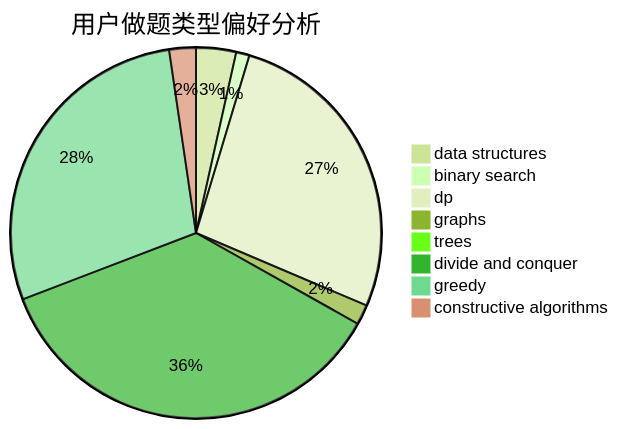
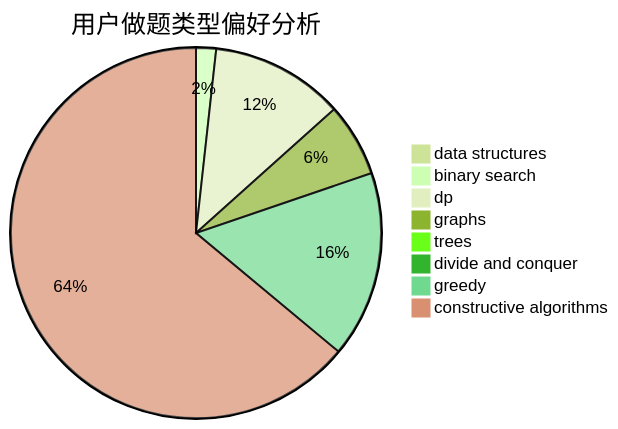
One commit to sherpahu/cfrs.github.io changed the second of 3 diagrams in docs/user/u550.md. Above: the diagram before and after it, drawn with Mermaid (forest theme). The commit also changed other lines of this file and 2770 other files, not shown here.

````diff
--- a/docs/user/u550.md
+++ b/docs/user/u550.md
@@ -23,11 +23,11 @@
 ```mermaid
 pie title 用户做题类型偏好分析
-    "data structures" :  6
-    "binary search" :  2
-    "dp" :  46
-    "graphs" :  3
-    "trees" :  1
-    "divide and conquer" :  62
-    "greedy" :  49
-    "constructive algorithms" :  4
+    "data structures" :  0
+    "binary search" :  3
+    "dp" :  20
+    "graphs" :  11
+    "trees" :  0
+    "divide and conquer" :  0
+    "greedy" :  28
+    "constructive algorithms" :  110
 ```
````
